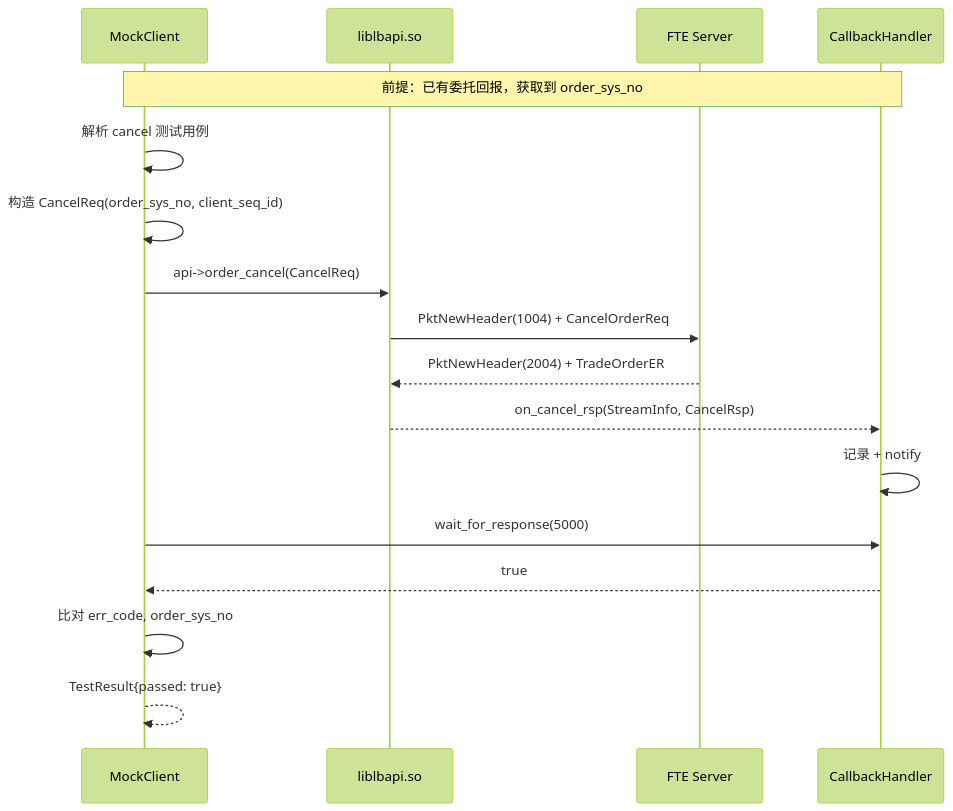
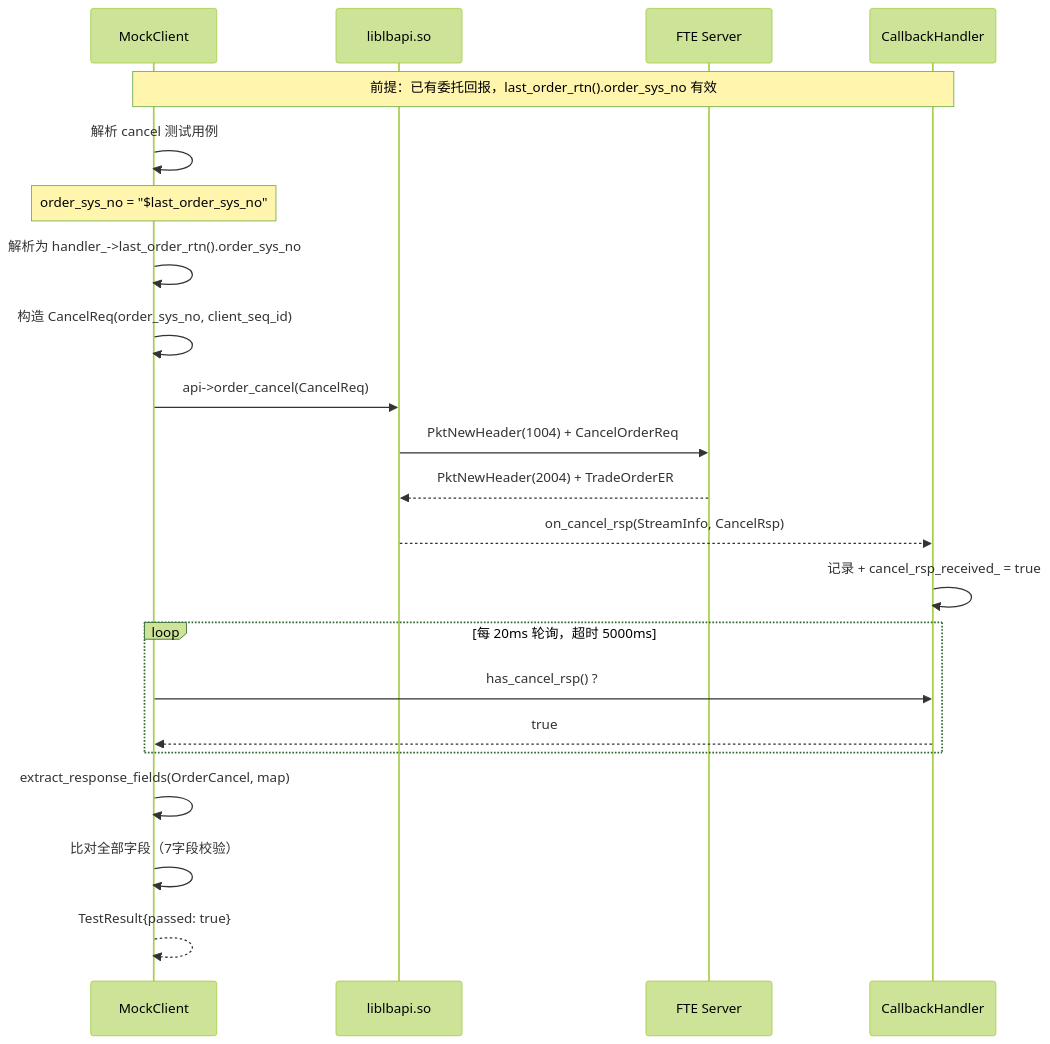
Before and after one commit to lishengze/server_9: the fifth of 5 diagrams in trunk/NewAPI/gone/api/mock/client/mock_client_design.md, drawn with Mermaid (forest theme). The commit also changed other lines of this file and 8 other files, not shown here.

````diff
--- a/trunk/NewAPI/gone/api/mock/client/mock_client_design.md
+++ b/trunk/NewAPI/gone/api/mock/client/mock_client_design.md
@@ -590,22 +707,28 @@
 ```mermaid
 sequenceDiagram
     participant MC as MockClient
     participant API as liblbapi.so
     participant FTE as FTE Server
     participant CB as CallbackHandler
 
-    Note over MC,CB: 前提：已有委托回报，获取到 order_sys_no
-    
+    Note over MC,CB: 前提：已有委托回报，last_order_rtn().order_sys_no 有效
+
     MC->>MC: 解析 cancel 测试用例
+    Note over MC: order_sys_no = "$last_order_sys_no"
+    MC->>MC: 解析为 handler_->last_order_rtn().order_sys_no
     MC->>MC: 构造 CancelReq(order_sys_no, client_seq_id)
     MC->>API: api->order_cancel(CancelReq)
     API->>FTE: PktNewHeader(1004) + CancelOrderReq
     FTE-->>API: PktNewHeader(2004) + TradeOrderER
     API-->>CB: on_cancel_rsp(StreamInfo, CancelRsp)
-    CB->>CB: 记录 + notify
-    
-    MC->>CB: wait_for_response(5000)
-    CB-->>MC: true
-    MC->>MC: 比对 err_code, order_sys_no
+    CB->>CB: 记录 + cancel_rsp_received_ = true
+
+    loop 每 20ms 轮询，超时 5000ms
+        MC->>CB: has_cancel_rsp() ?
+        CB-->>MC: true
+    end
+
+    MC->>MC: extract_response_fields(OrderCancel, map)
+    MC->>MC: 比对全部字段（7字段校验）
     MC-->>MC: TestResult{passed: true}
 ```
````
